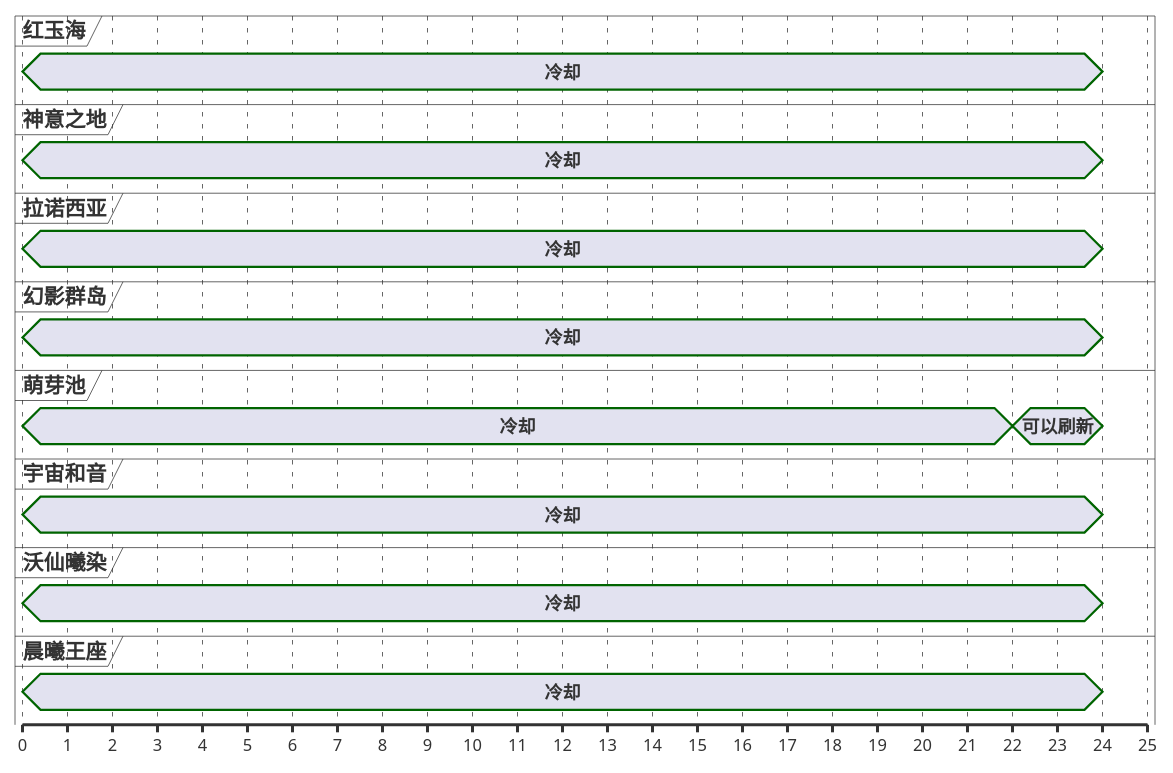
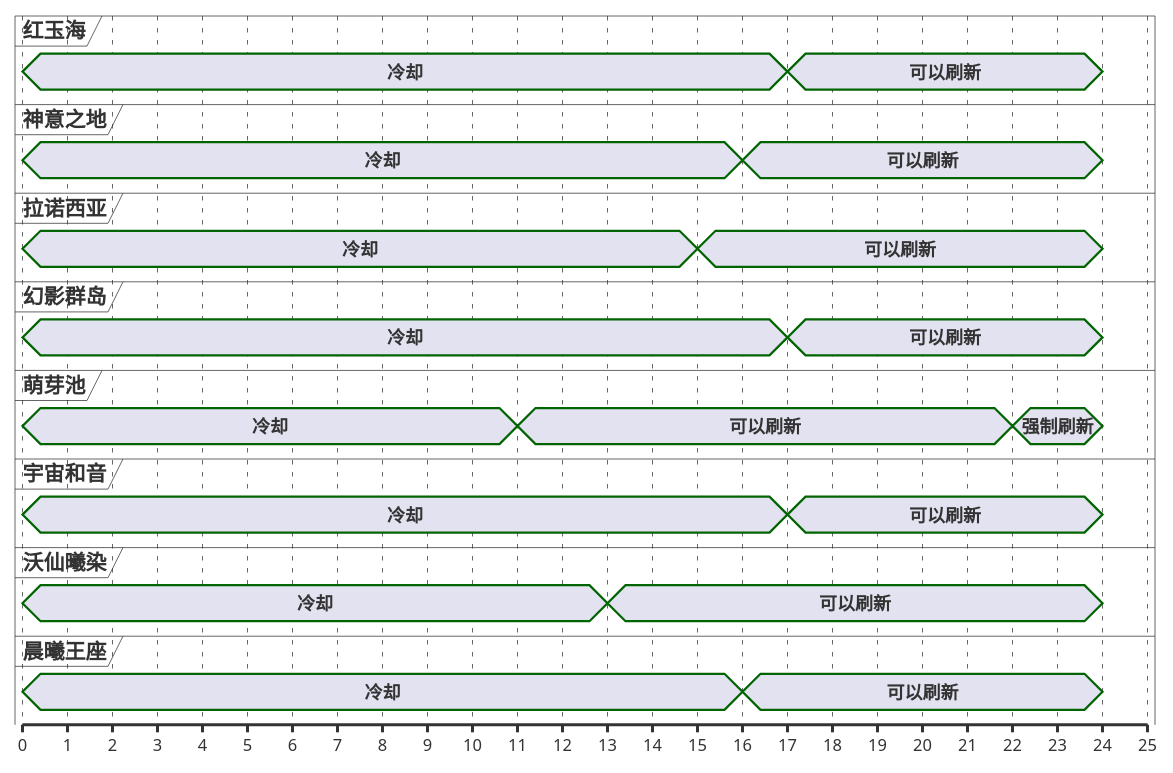
Before and after one commit to Eroleice/doc-pi: the first of 13 diagrams in ffxiv/hunt/2.0/Brontes.md, drawn with PlantUML. The commit also changed other lines of this file and 38 other files, not shown here.

````diff
--- a/ffxiv/hunt/2.0/Brontes.md
+++ b/ffxiv/hunt/2.0/Brontes.md
@@ -33,48 +33,56 @@
 ```plantuml
 @startuml
 scale 1 as 30 pixels
 
 concise 红玉海
 concise 神意之地
 concise 拉诺西亚
 concise 幻影群岛
 concise 萌芽池
 concise 宇宙和音
 concise 沃仙曦染
 concise 晨曦王座
 
 @萌芽池
 0 is 冷却
-22 is 可以刷新
+11 is 可以刷新
+22 is 强制刷新
 24 is {hidden}
 
 @沃仙曦染
 0 is 冷却
+13 is 可以刷新
 24 is {hidden}
 
 @红玉海
 0 is 冷却
+17 is 可以刷新
 24 is {hidden}
 
 @宇宙和音
 0 is 冷却
+17 is 可以刷新
 24 is {hidden}
 
 @幻影群岛
 0 is 冷却
+17 is 可以刷新
 24 is {hidden}
 
 @拉诺西亚
 0 is 冷却
+15 is 可以刷新
 24 is {hidden}
 
 @神意之地
 0 is 冷却
+16 is 可以刷新
 24 is {hidden}
 
 @晨曦王座
 0 is 冷却
+16 is 可以刷新
 24 is {hidden}
 
 @enduml
 ```
````
